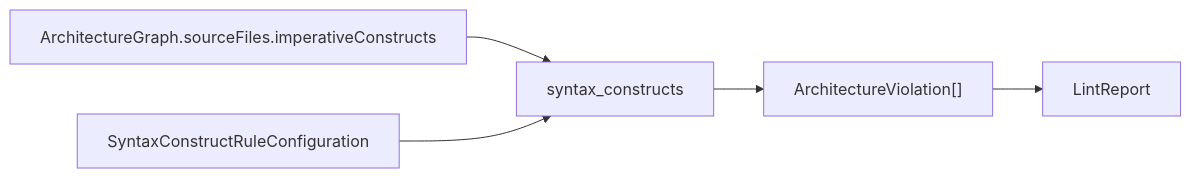
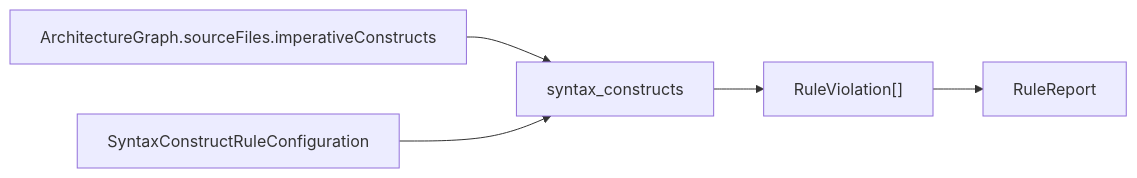
The seventh of 9 diagrams in docs/ARCHITECTURE_SNAPSHOT.md (RoyalPineapple/BumperBowling), drawn with Mermaid before and after one commit. The commit also changed other lines of this file and 54 other files, not shown here.

First line of the commit message:
Open shaper architecture: BumperProject, one engine, one runner (0.5.0) (#39)

````diff
--- a/docs/ARCHITECTURE_SNAPSHOT.md
+++ b/docs/ARCHITECTURE_SNAPSHOT.md
@@ -96,7 +96,7 @@
 ```mermaid
 flowchart LR
     Constructs["ArchitectureGraph.sourceFiles.imperativeConstructs"] --> SyntaxConstructs["syntax_constructs"]
     Policy["SyntaxConstructRuleConfiguration"] --> SyntaxConstructs
-    SyntaxConstructs --> Findings["ArchitectureViolation[]"]
-    Findings --> Report["LintReport"]
+    SyntaxConstructs --> Findings["RuleViolation[]"]
+    Findings --> Report["RuleReport"]
 ```
````
